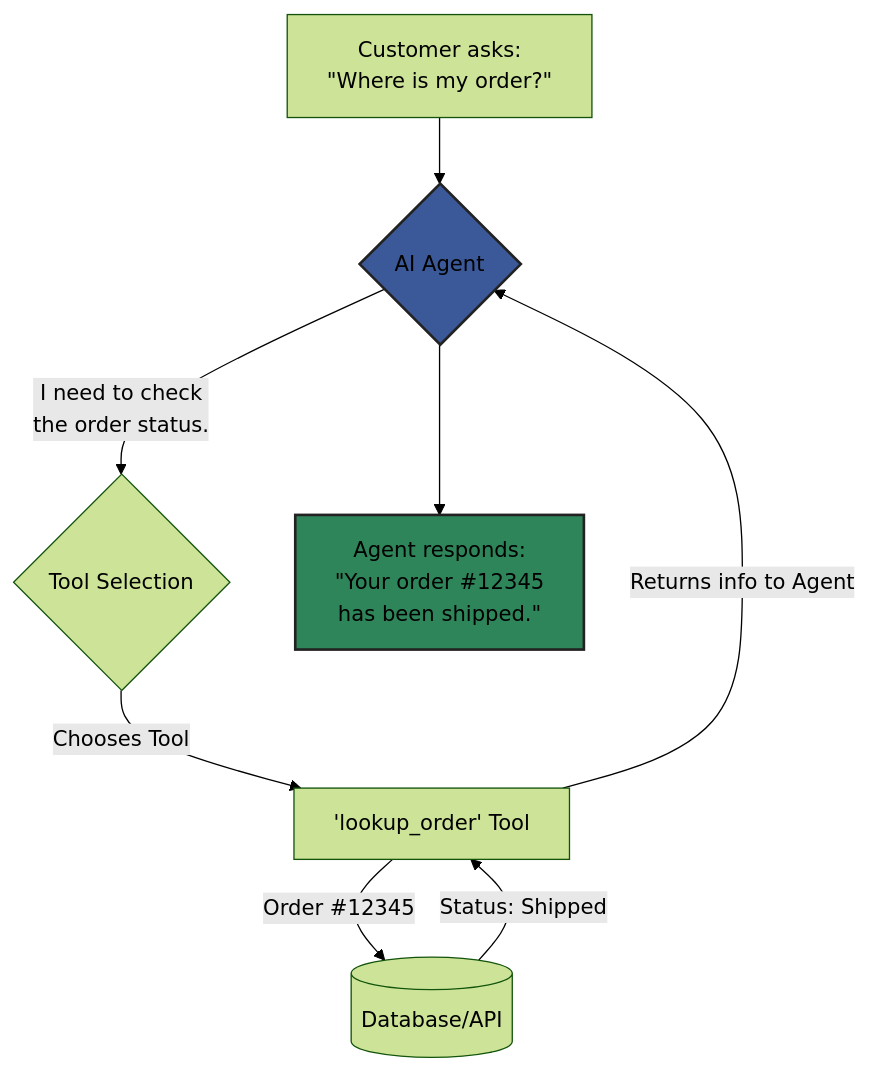
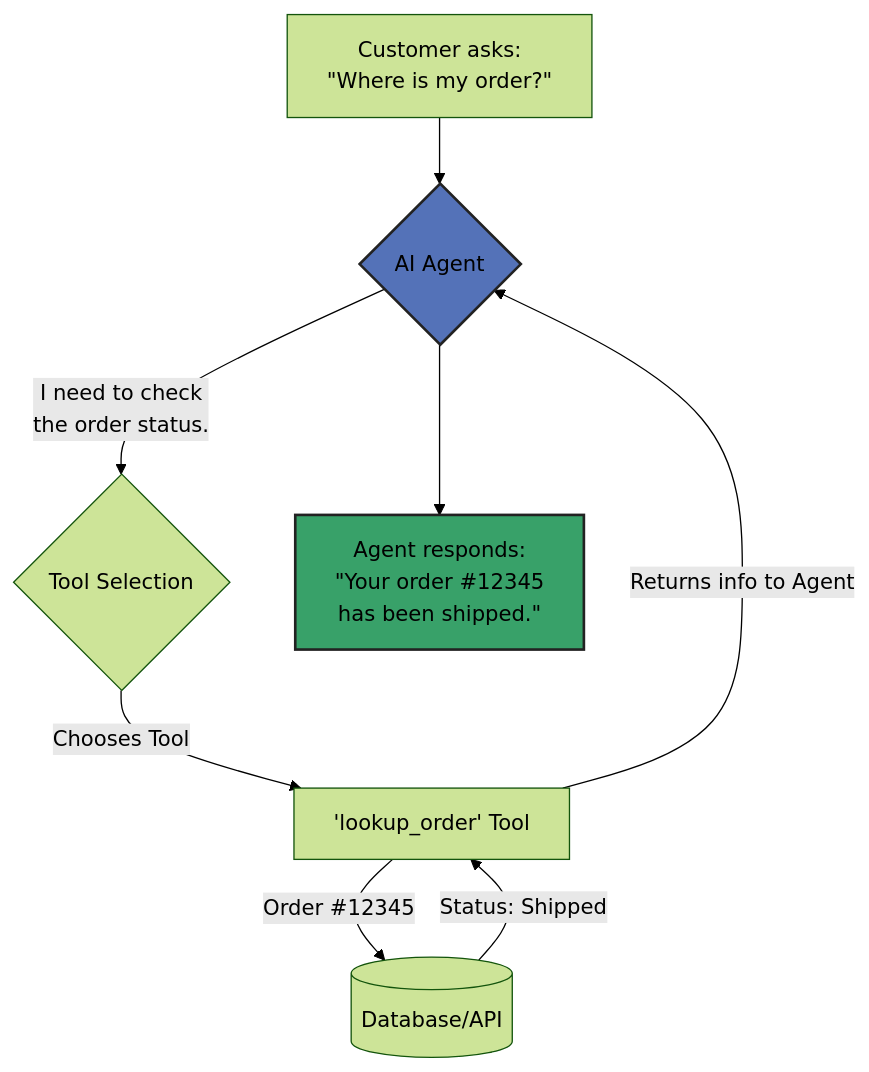
Before and after one commit to 89jobrien/examples: the third of 5 diagrams in README.md, drawn with Mermaid (forest theme). The commit also changed other lines of this file, not shown here.

````diff
--- a/README.md
+++ b/README.md
@@ -57,13 +57,13 @@
 ```mermaid
 graph TD
     A["Customer asks: <br>&quot;Where is my order?&quot;"] --> B{AI Agent};
     B -- "I need to check<br>the order status." --> C{Tool Selection};
     C -- Chooses Tool --> D['lookup_order' Tool];
     D -- "Order #12345" --> E[(Database/API)];
     E -- "Status: Shipped" --> D;
     D -- Returns info to Agent --> B;
     B --> F["Agent responds:<br>&quot;Your order #12345<br>has been shipped.&quot;"];
 
-    style B fill:#3b5998,stroke:#222,stroke-width:2px
-    style F fill:#2f855a,stroke:#222,stroke-width:2px
+    style B fill:#5472b8,stroke:#222,stroke-width:2px
+    style F fill:#38a169,stroke:#222,stroke-width:2px
 ```
````
